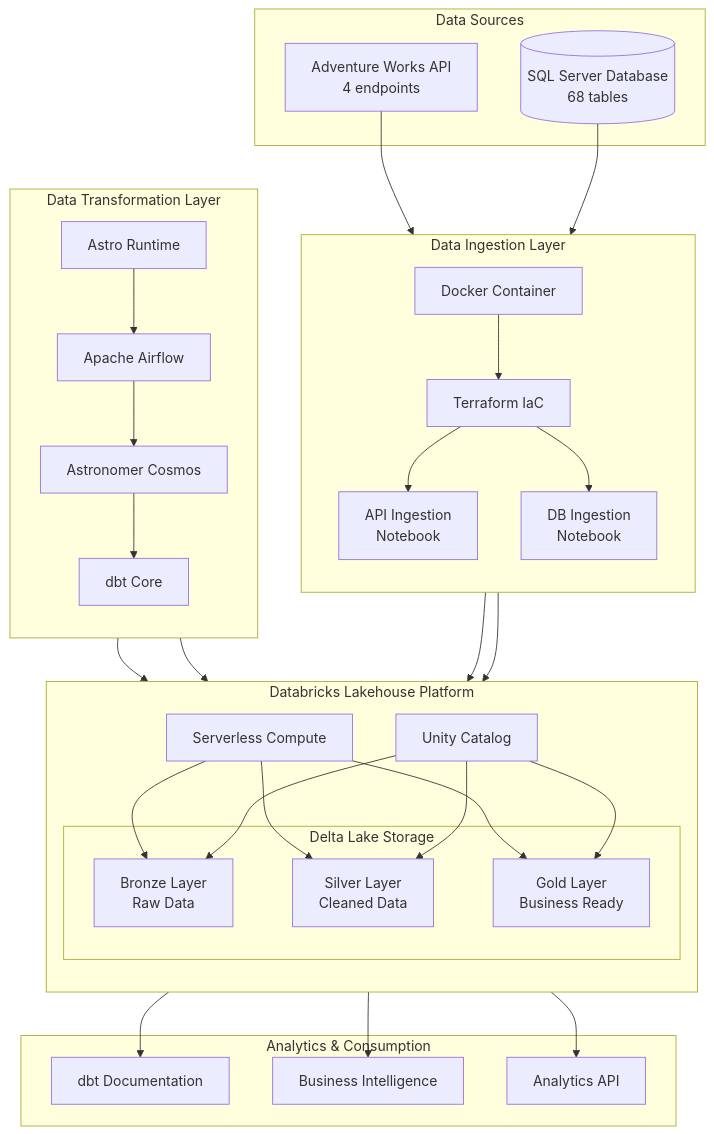
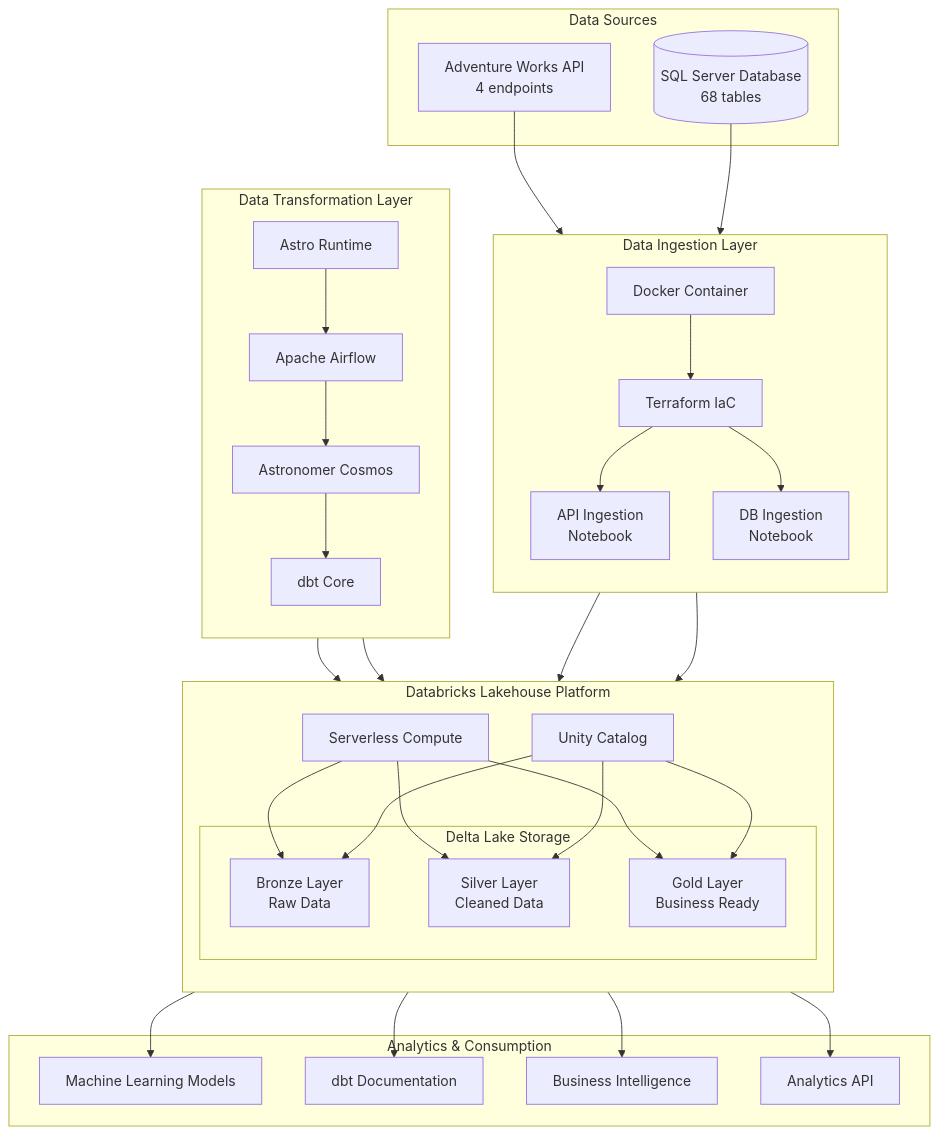
One commit to TinyHero13/Adventure-Works-Data-Pipeline changed the first of 2 diagrams in README.md. Above: the diagram before and after it, drawn with Mermaid. The commit also changed other lines of this file, not shown here.

````diff
--- a/README.md
+++ b/README.md
@@ -25,66 +27,68 @@
 ```mermaid
 graph TB
     subgraph "Data Sources"
         API[Adventure Works API<br/>4 endpoints]
         DB[(SQL Server Database<br/>68 tables)]
     end
     
     subgraph "Data Ingestion Layer"
         direction TB
         TF[Terraform IaC]
         DOCKER1[Docker Container]
         NB1[API Ingestion<br/>Notebook]
         NB2[DB Ingestion<br/>Notebook]
         
         TF --> NB1
         TF --> NB2
         DOCKER1 --> TF
     end
     
     subgraph "Data Transformation Layer"
         direction TB
         AF[Apache Airflow]
         DBT[dbt Core]
         COSMOS[Astronomer Cosmos]
         DOCKER2[Astro Runtime]
         
         AF --> COSMOS
         COSMOS --> DBT
         DOCKER2 --> AF
     end
     
     subgraph "Databricks Lakehouse Platform"
         direction TB
         SC[Serverless Compute]
         UC[Unity Catalog]
         
         subgraph "Delta Lake Storage"
             BRONZE[Bronze Layer<br/>Raw Data]
             SILVER[Silver Layer<br/>Cleaned Data]
             GOLD[Gold Layer<br/>Business Ready]
         end
         
         SC --> BRONZE
         SC --> SILVER
         SC --> GOLD
         UC --> BRONZE
         UC --> SILVER
         UC --> GOLD
     end
     
     subgraph "Analytics & Consumption"
+        ML[Machine Learning Models]
         DOCS[dbt Documentation]
         BI[Business Intelligence]
         API_LAYER[Analytics API]
     end
     
     API --> NB1
     DB --> NB2
     NB1 --> BRONZE
     NB2 --> BRONZE
     DBT --> SILVER
     DBT --> GOLD
+    GOLD --> ML
     GOLD --> DOCS
     GOLD --> BI
     GOLD --> API_LAYER
 ```
````
